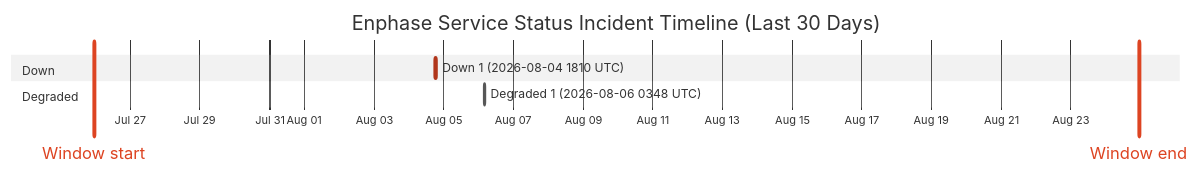
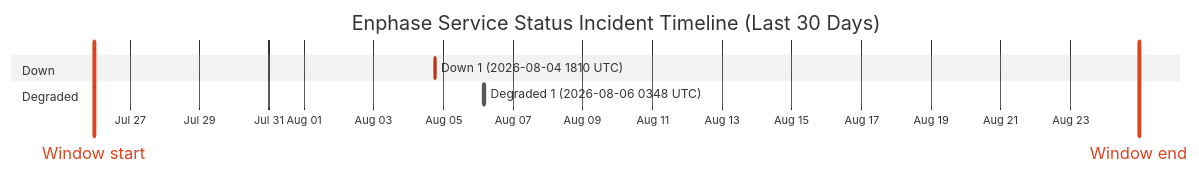
Before and after one commit to barneyonline/ha-enphase-energy: the diagram in wiki/Service-Status-History.md, drawn with Mermaid (neutral theme). The commit also changed other lines of this file and 3 other files, not shown here.

````diff
--- a/wiki/Service-Status-History.md
+++ b/wiki/Service-Status-History.md
@@ -14,12 +14,12 @@
 ```mermaid
 gantt
     title Enphase Service Status Incident Timeline (Last 30 Days)
     dateFormat  YYYY-MM-DDTHH:mm:ss
     axisFormat  %b %d
-    Window start :vert, window-start, 2026-07-25T22:52:54, 0ms
-    Window end :vert, window-end, 2026-08-24T22:52:54, 0ms
+    Window start :vert, window-start, 2026-07-25T23:20:04, 0ms
+    Window end :vert, window-end, 2026-08-24T23:20:04, 0ms
     section Down
     Down 1 (2026-08-04 1810 UTC) :crit, down-1, 2026-08-04T18:10:46, 60m
     section Degraded
     Degraded 1 (2026-08-06 0348 UTC) :active, degraded-1, 2026-08-06T03:48:14, 60m
 ```
````
